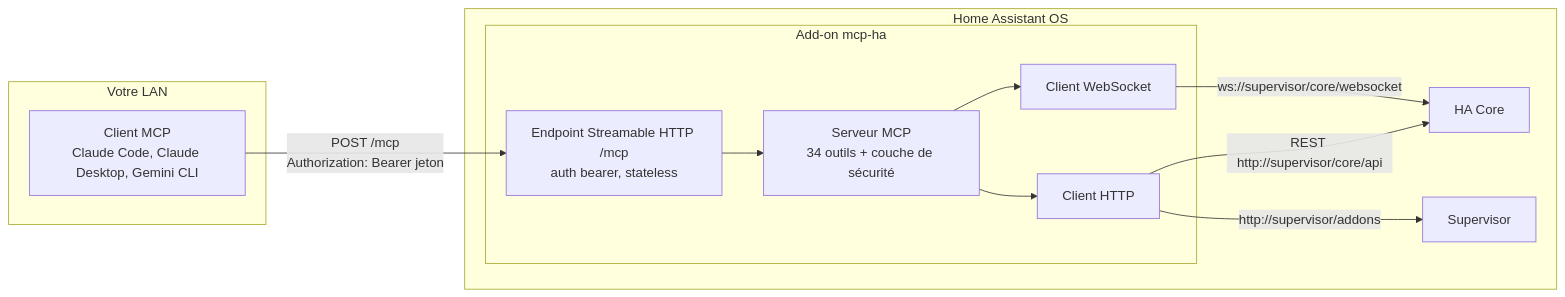
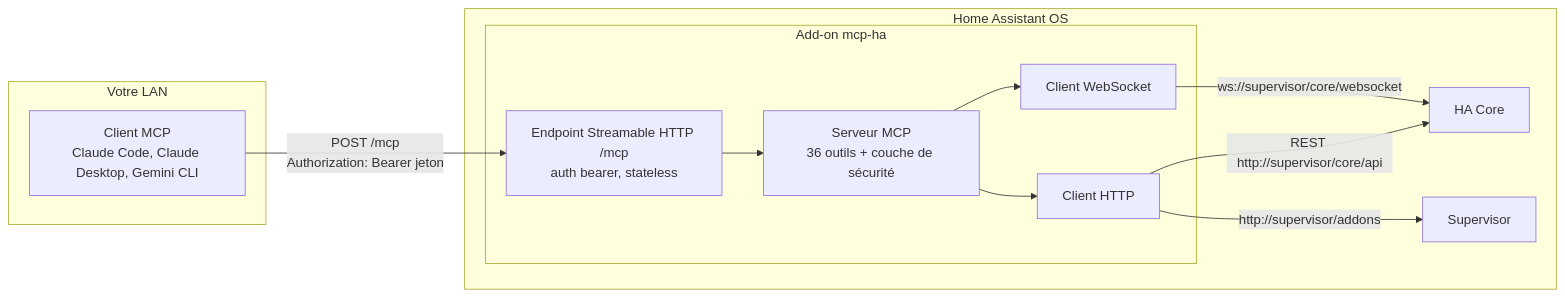
One commit to Devitek/mcp-ha changed the first of 3 diagrams in docs/fr/reference/architecture.md. Above: the diagram before and after it, drawn with Mermaid. The commit also changed 22 other files, not shown here.

````diff
--- a/docs/fr/reference/architecture.md
+++ b/docs/fr/reference/architecture.md
@@ -7,23 +7,23 @@
 ```mermaid
 flowchart LR
   subgraph lan["Votre LAN"]
     C["Client MCP<br/>Claude Code, Claude Desktop, Gemini CLI"]
   end
   subgraph haos["Home Assistant OS"]
     subgraph addon["Add-on mcp-ha"]
       T["Endpoint Streamable HTTP /mcp<br/>auth bearer, stateless"]
-      S["Serveur MCP<br/>34 outils + couche de sécurité"]
+      S["Serveur MCP<br/>36 outils + couche de sécurité"]
       W["Client WebSocket"]
       H["Client HTTP"]
       T --> S
       S --> W
       S --> H
     end
     CORE["HA Core"]
     SUP["Supervisor"]
     W -->|"ws://supervisor/core/websocket"| CORE
     H -->|"REST http://supervisor/core/api"| CORE
     H -->|"http://supervisor/addons"| SUP
   end
   C -->|"POST /mcp<br/>Authorization: Bearer jeton"| T
 ```
````
